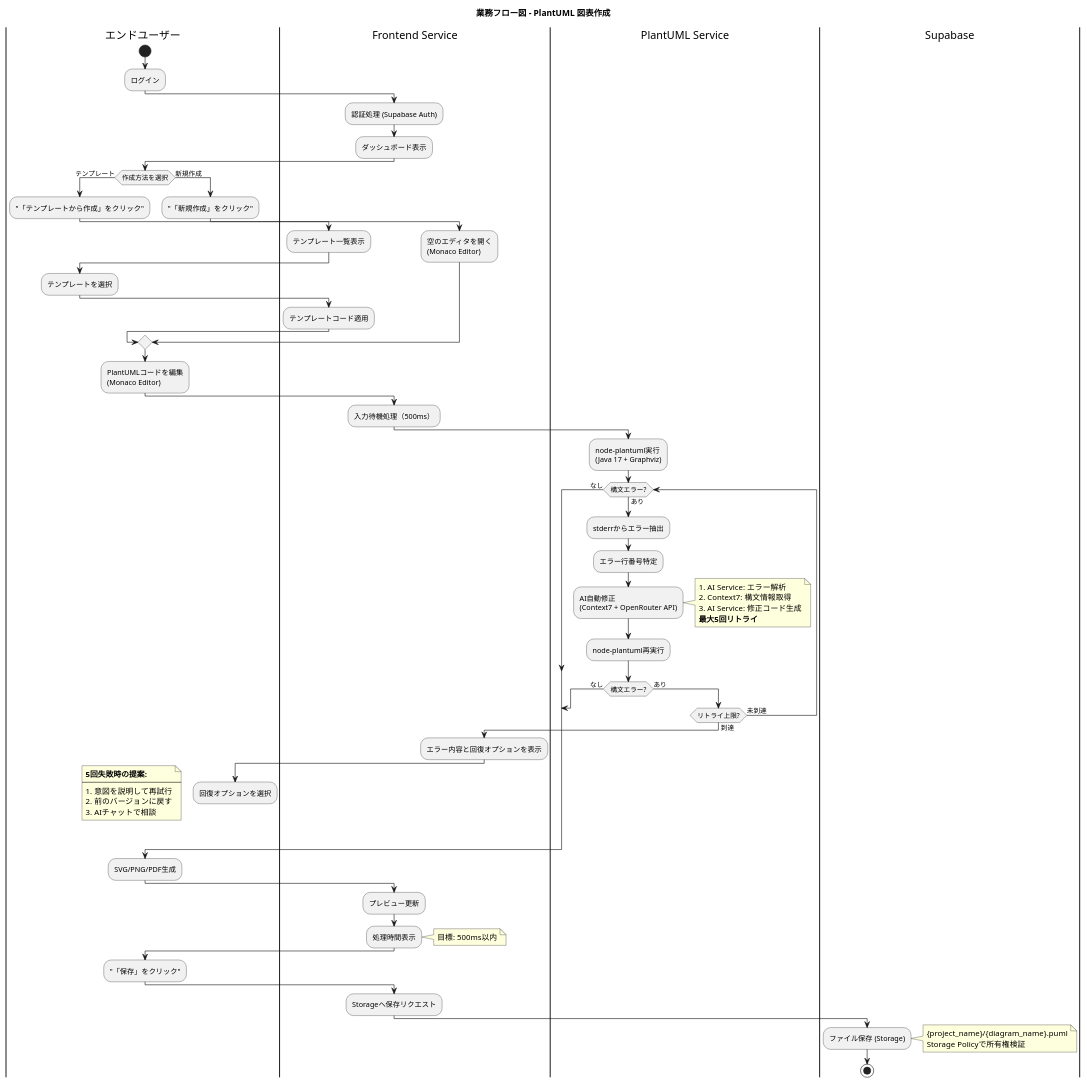
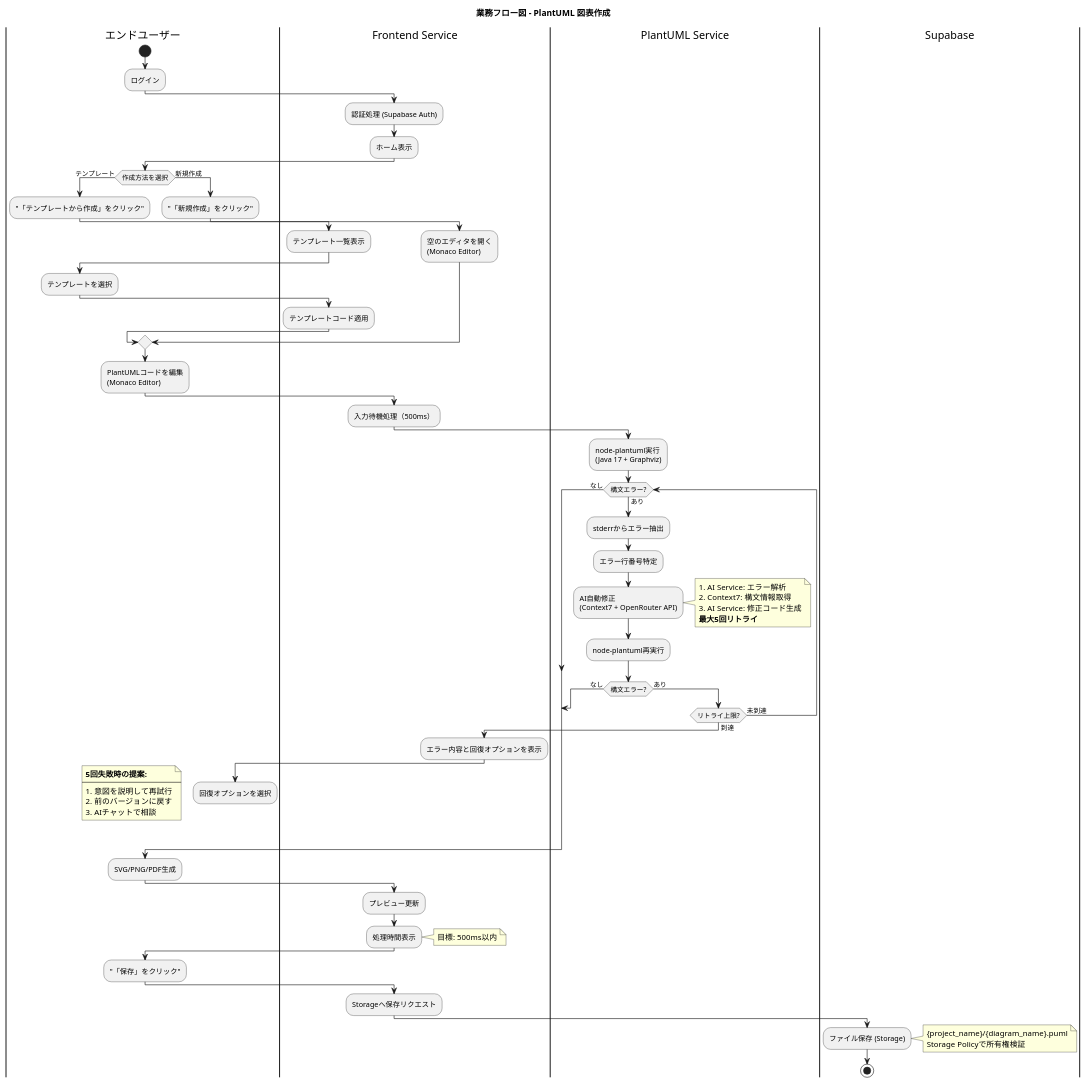
The first of 35 diagrams in docs/proposals/03_業務フロー図_20251201.md (yoshiwo3/PlantUML2_Opus4.5), drawn with PlantUML before and after one commit. The commit also changed other lines of this file and 27 other files, not shown here.

```diff
--- a/docs/proposals/03_業務フロー図_20251201.md
+++ b/docs/proposals/03_業務フロー図_20251201.md
@@ -67,7 +67,7 @@
 
 |Frontend Service|
 :認証処理 (Supabase Auth);
-:ダッシュボード表示;
+:ホーム表示;
 
 |エンドユーザー|
 if (作成方法を選択) then (テンプレート)
```
